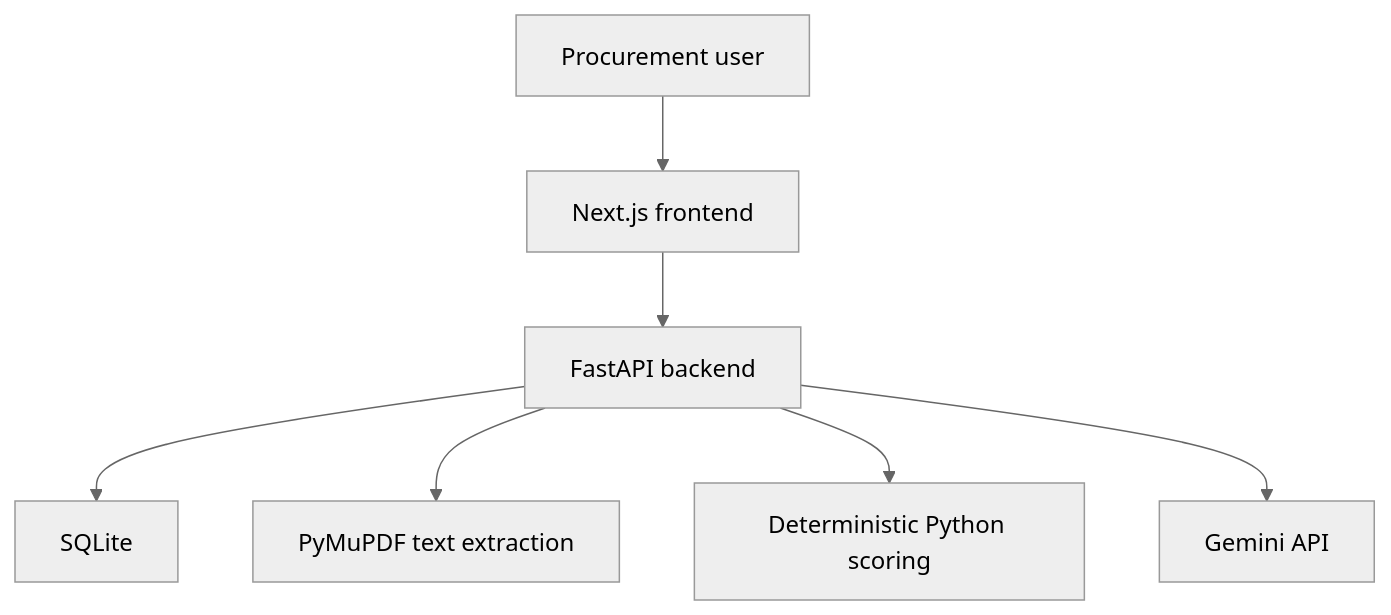
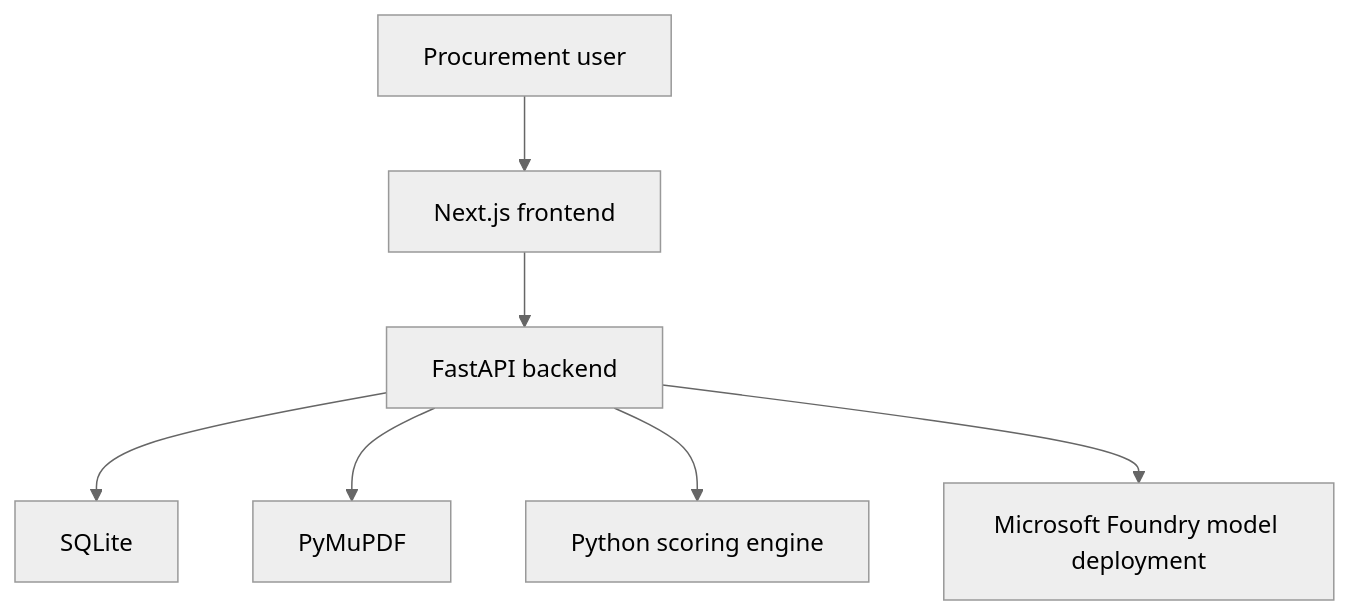
One commit to BADARRASHEED/bidsight changed the diagram in README.md. Above: the diagram before and after it, drawn with Mermaid (neutral theme). The commit also changed other lines of this file and 37 other files, not shown here.

````diff
--- a/README.md
+++ b/README.md
@@ -65,9 +161,9 @@
 ```mermaid
 flowchart TD
     User["Procurement user"] --> Frontend["Next.js frontend"]
     Frontend --> API["FastAPI backend"]
     API --> DB["SQLite"]
-    API --> PDF["PyMuPDF text extraction"]
-    API --> Scoring["Deterministic Python scoring"]
-    API --> Gemini["Gemini API"]
+    API --> PDF["PyMuPDF"]
+    API --> Scoring["Python scoring engine"]
+    API --> Foundry["Microsoft Foundry model deployment"]
 ```
````
